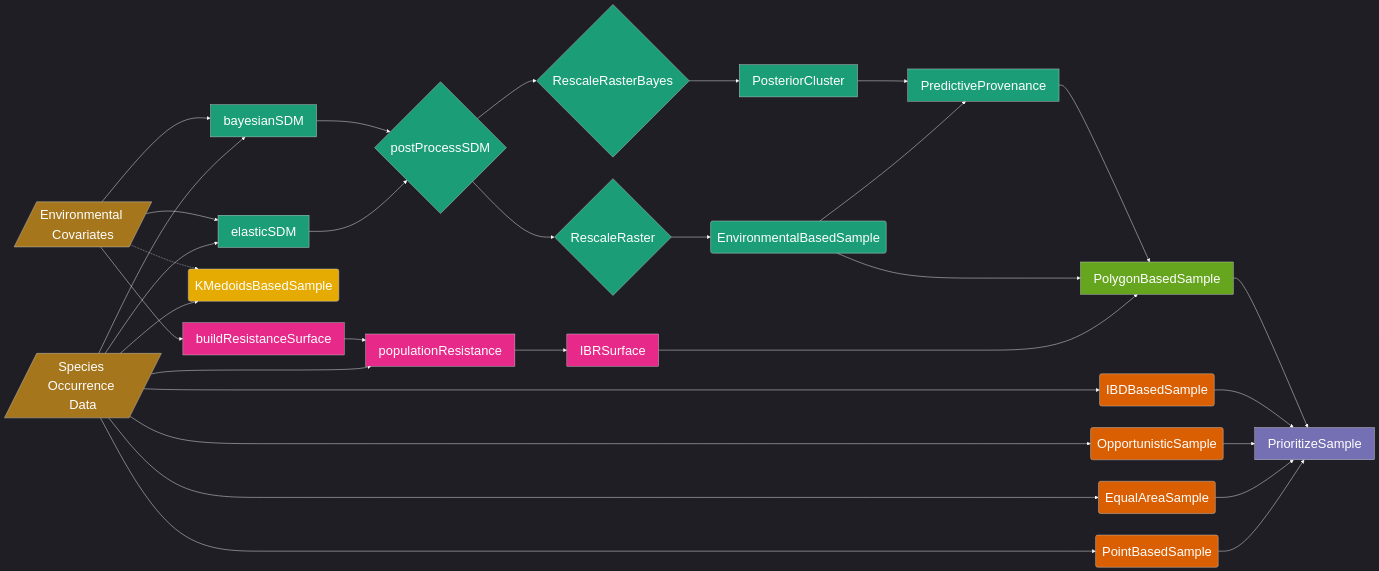
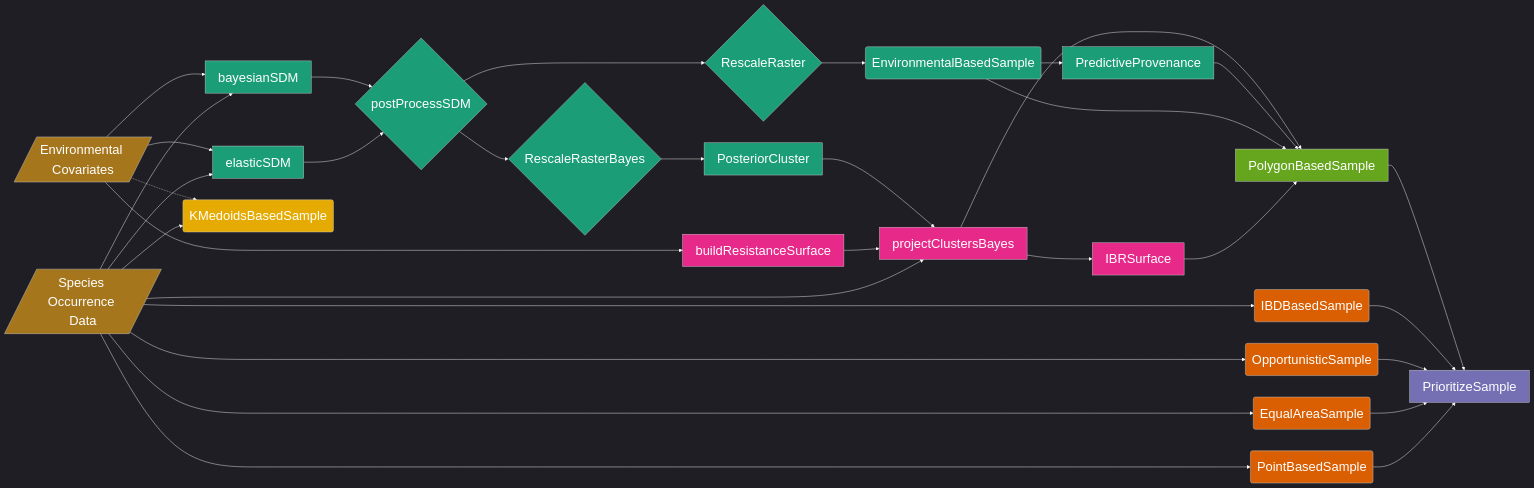
The diagram in README.Rmd (sagesteppe/safeHavens), drawn with Mermaid before and after one commit. The commit also changed 31 other files, not shown here.

````diff
--- a/README.Rmd
+++ b/README.Rmd
@@ -73,56 +73,57 @@
 ```mermaid
 %%{init: {'theme':'dark', 'themeVariables': { 
     'primaryTextColor':'#ffffff', 
     'lineColor':'#ffffff',
     'lineWidth':'24px',
     'fontSize':'30px', 
     'fontFamily':'Arial'}}}%%
 flowchart LR
 A[/Species Occurrence Data/]
 B[/Environmental Covariates/]
 
 A --> D(PointBasedSample)
 A --> E(EqualAreaSample)
 A --> F(OpportunisticSample)
 A --> G(IBDBasedSample)
 A --> J[elasticSDM]
 A --> K[bayesianSDM]
 A --> L(KMedoidsBasedSample)
 B -.-> L
 B --> J
 B --> K
 D --> N[PrioritizeSample]
 E --> N
 F --> N
 G --> N
 A --> U[populationResistance]
 B --> H[buildResistanceSurface]
 H --> U
 U --> V[IBRSurface]
 V --> M[PolygonBasedSample]
 M --> N
 J --> O{postProcessSDM}
 K --> O
 O --> P{RescaleRaster}
 O --> S{RescaleRasterBayes}
 P --> Q(EnvironmentalBasedSample)
 Q --> R[PredictiveProvenance]
 Q --> M
 R --> M
 S --> T[PosteriorCluster]
-T --> R
+T --> U[projectClustersBayes]
+U --> M
 classDef geoColor fill:#d95f02,color:#FFFFFF
 classDef polyColor fill:#66a61e,color:#FFFFFF
 classDef envColor fill:#1b9e77,color:#FFFFFF
 classDef dataColor fill:#a6761d,color:#FFFFFF
 classDef decisionColor fill:#7570b3,color:#FFFFFF
 classDef rareColor fill:#e6ab02,color:#FFFFFF
 classDef ibrColor fill:#e7298a,color:#FFFFFF
 class D,E,F,G geoColor
 class H,M polyColor
-class J,K,O,P,S,T,U,Q,R envColor
+class J,K,O,P,S,T,U,Q,R,U envColor
 class A,B dataColor
 class N decisionColor
 class L rareColor
 class H,U,V ibrColor
 ```
````
